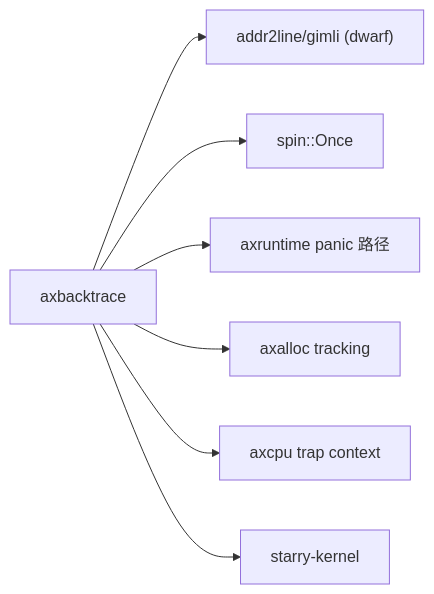
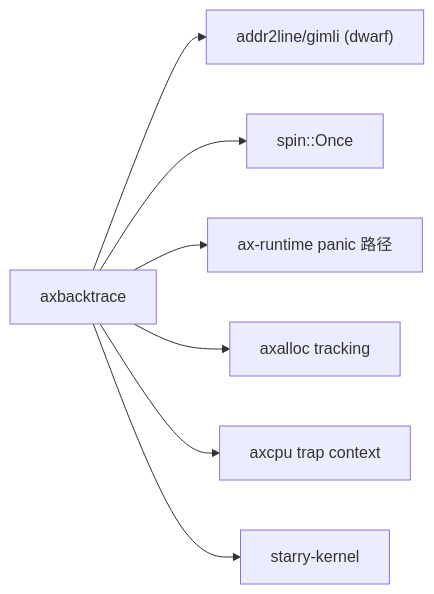
Before and after one commit to zKurisu/tgoskits: the second of 2 diagrams in docs/crates/axbacktrace.md, drawn with Mermaid. The commit also changed other lines of this file and 69 other files, not shown here.

Commit message:
rename axruntime to ax-runtime

````diff
--- a/docs/crates/axbacktrace.md
+++ b/docs/crates/axbacktrace.md
@@ -77,10 +77,10 @@
 ```mermaid
 graph LR
     axbacktrace["axbacktrace"] --> dwarf["addr2line/gimli (dwarf)"]
     axbacktrace --> spin["spin::Once"]
 
-    axbacktrace --> axruntime["axruntime panic 路径"]
+    axbacktrace --> ax-runtime["ax-runtime panic 路径"]
     axbacktrace --> axalloc["axalloc tracking"]
     axbacktrace --> axcpu["axcpu trap context"]
     axbacktrace --> starry_kernel["starry-kernel"]
 ```
````
